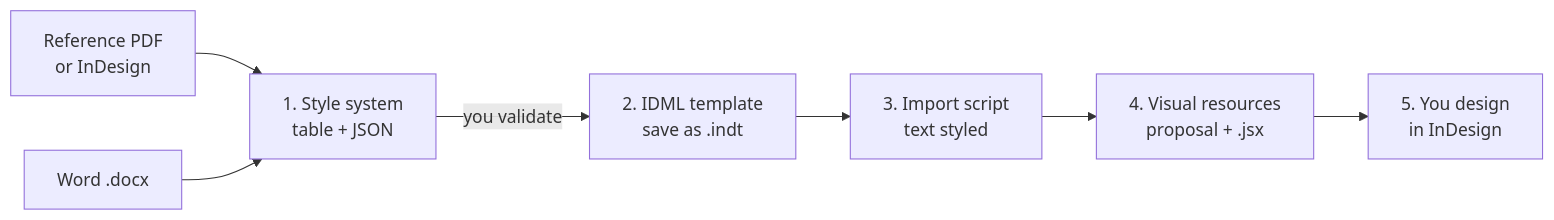
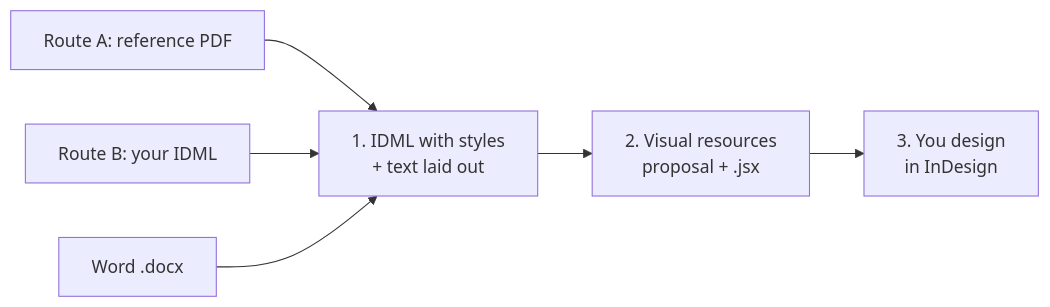
The diagram in README.md (merysugy/skillhub-indesign), drawn with Mermaid before and after one commit. The commit also changed other lines of this file and 12 other files, not shown here.

First line of the commit message:
Lay out Word content directly in the IDML

````diff
--- a/README.md
+++ b/README.md
@@ -78,9 +81,8 @@
 ```mermaid
 flowchart LR
-    A[Reference PDF<br/>or InDesign] --> S1
+    A[Route A: reference PDF] --> S1
+    B[Route B: your IDML] --> S1
     W[Word .docx] --> S1
-    S1[1. Style system<br/>table + JSON] -->|you validate| S2[2. IDML template<br/>save as .indt]
-    S2 --> S3[3. Import script<br/>text styled]
-    S3 --> S4[4. Visual resources<br/>proposal + .jsx]
-    S4 --> S5[5. You design<br/>in InDesign]
+    S1[1. IDML with styles<br/>+ text laid out] --> S2[2. Visual resources<br/>proposal + .jsx]
+    S2 --> S3[3. You design<br/>in InDesign]
 ```
````
